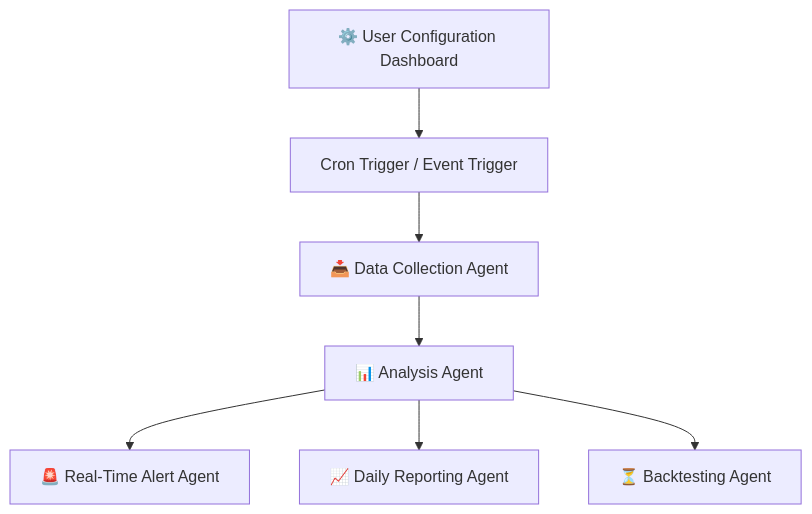
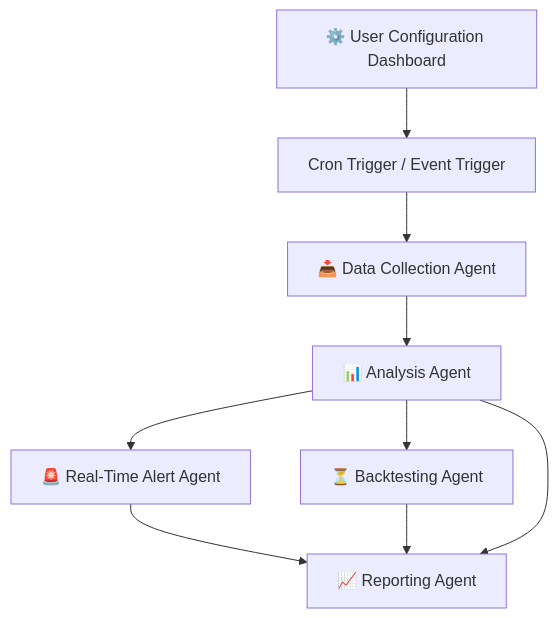
Before and after one commit to ramkoorakula14/procal-stockmarcket: the diagram in README.md, drawn with Mermaid.

````diff
--- a/README.md
+++ b/README.md
@@ -164,11 +164,12 @@
 ```mermaid
 graph TD
 
 A[⚙️ User Configuration Dashboard] --> B[Cron Trigger / Event Trigger]
 B --> C[📥 Data Collection Agent]
 C --> D[📊 Analysis Agent]
 D --> E[🚨 Real-Time Alert Agent]
-D --> F[📈 Daily Reporting Agent]
-D --> G[⏳ Backtesting Agent]
-
+D --> F[⏳ Backtesting Agent]
+E --> G[📈 Reporting Agent]
+F --> G
+D --> G
 ```
````
